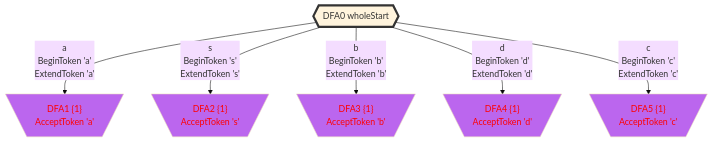
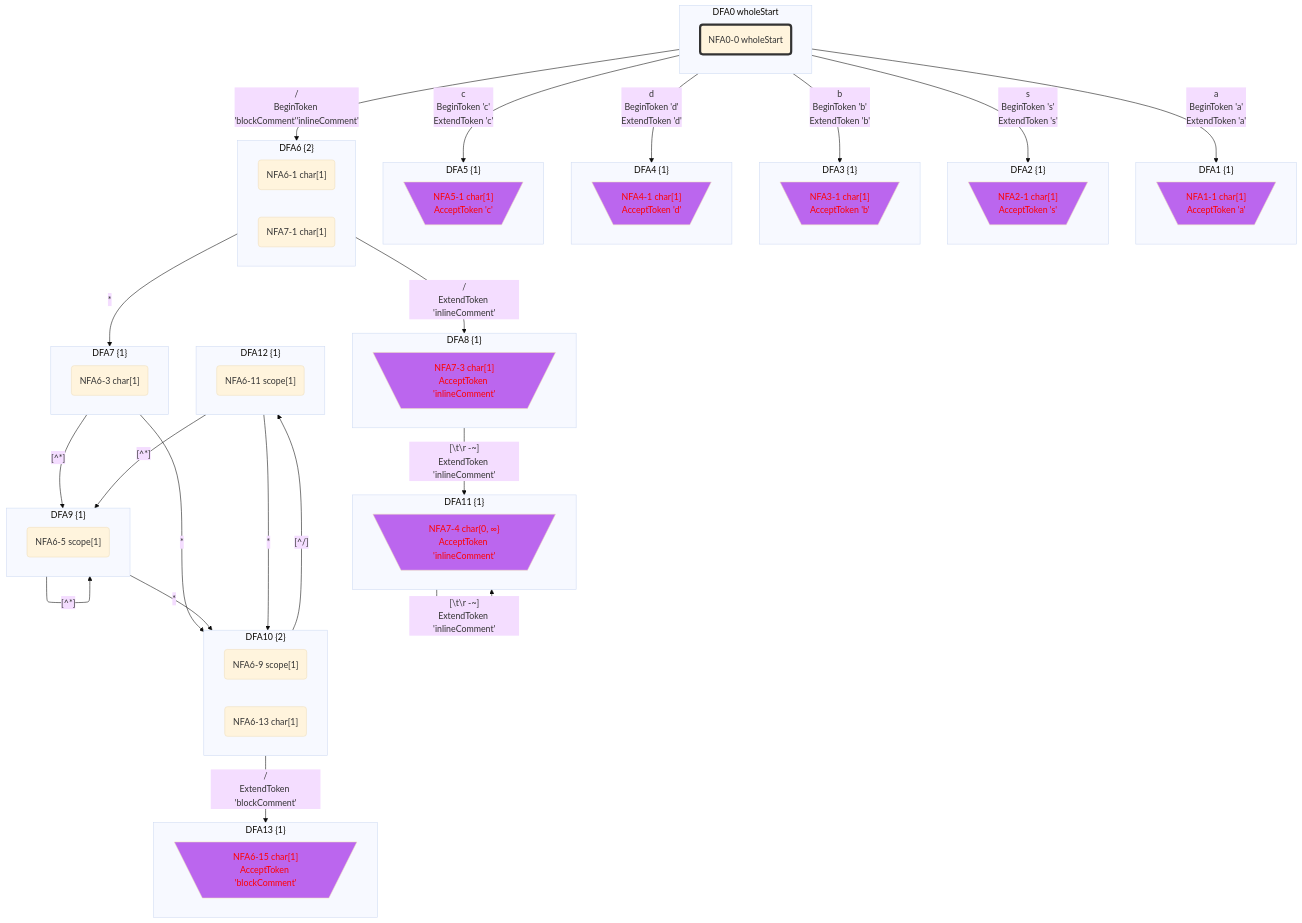
One commit to bitzhuwei/GrammarMentor changed diagram 18 of 21 in Practices/Practice.GeneratedXxxFormat.Test/GeneratedSAB/LexicalAnalyzer/README.gen.md. Above: the diagram before and after it, drawn with Mermaid (base theme). The commit also changed other lines of this file and 3868 other files, not shown here.

````diff
--- a/Practices/Practice.GeneratedXxxFormat.Test/GeneratedSAB/LexicalAnalyzer/README.gen.md
+++ b/Practices/Practice.GeneratedXxxFormat.Test/GeneratedSAB/LexicalAnalyzer/README.gen.md
@@ -833,37 +1212,108 @@
 classDef c1101 stroke:#333,stroke-width:4px,fill:#BB66EE,color:#FF0000;
 classDef c1110 stroke:#333,stroke-width:4px,fill:#BB66EE,stroke-dasharray: 10 10;
 classDef c1111 stroke:#333,stroke-width:4px,fill:#BB66EE,stroke-dasharray: 10 10,color:#FF0000;
-DFA0_1923463421{{"DFA0 wholeStart"}}
-class DFA0_1923463421 c1000;
-DFA1_-694928352[\"DFA1 {1}
+subgraph DFA0_-2011742570["DFA0 wholeStart"]
+NFA0_0_42689762_0("NFA0-0 wholeStart")
+class NFA0_0_42689762_0 c1000;
+end
+class DFA0_-2011742570 c1000;
+subgraph DFA1_965118415["DFA1 {1}"]
+NFA1_1_64395630_1[\"NFA1-1 char[1]
 AcceptToken 'a'"/]
-class DFA1_-694928352 c0101;
-DFA2_1430363654[\"DFA2 {1}
+class NFA1_1_64395630_1 c0101;
+end
+class DFA1_965118415 c0101;
+subgraph DFA2_-1841752797["DFA2 {1}"]
+NFA2_1_48663540_2[\"NFA2-1 char[1]
 AcceptToken 's'"/]
-class DFA2_1430363654 c0101;
-DFA3_-1559980011[\"DFA3 {1}
+class NFA2_1_48663540_2 c0101;
+end
+class DFA2_-1841752797 c0101;
+subgraph DFA3_1913146111["DFA3 {1}"]
+NFA3_1_35318677_3[\"NFA3-1 char[1]
 AcceptToken 'b'"/]
-class DFA3_-1559980011 c0101;
-DFA4_1206467762[\"DFA4 {1}
+class NFA3_1_35318677_3 c0101;
+end
+class DFA3_1913146111 c0101;
+subgraph DFA4_1623093623["DFA4 {1}"]
+NFA4_1_49432638_4[\"NFA4-1 char[1]
 AcceptToken 'd'"/]
-class DFA4_1206467762 c0101;
-DFA5_-1793880414[\"DFA5 {1}
+class NFA4_1_49432638_4 c0101;
+end
+class DFA4_1623093623 c0101;
+subgraph DFA5_1525692439["DFA5 {1}"]
+NFA5_1_42240560_5[\"NFA5-1 char[1]
 AcceptToken 'c'"/]
-class DFA5_-1793880414 c0101;
-DFA0_1923463421 -->|"a
+class NFA5_1_42240560_5 c0101;
+end
+class DFA5_1525692439 c0101;
+subgraph DFA6_1862687141["DFA6 {2}"]
+NFA6_1_44620724_6("NFA6-1 char[1]")
+NFA7_1_66042204_7("NFA7-1 char[1]")
+end
+subgraph DFA7_1742648909["DFA7 {1}"]
+NFA6_3_47818304_8("NFA6-3 char[1]")
+end
+subgraph DFA8_-988443997["DFA8 {1}"]
+NFA7_3_57508928_9[\"NFA7-3 char[1]
+AcceptToken 'inlineComment'"/]
+class NFA7_3_57508928_9 c0101;
+end
+class DFA8_-988443997 c0101;
+subgraph DFA9_-354726560["DFA9 {1}"]
+NFA6_5_48077445_10("NFA6-5 scope[1]")
+end
+subgraph DFA10_323920158["DFA10 {2}"]
+NFA6_9_27711559_11("NFA6-9 scope[1]")
+NFA6_13_30043827_12("NFA6-13 char[1]")
+end
+subgraph DFA11_-378200846["DFA11 {1}"]
+NFA7_4_1958995_13[\"NFA7-4 char{0, ∞}
+AcceptToken 'inlineComment'"/]
+class NFA7_4_1958995_13 c0101;
+end
+class DFA11_-378200846 c0101;
+subgraph DFA12_-1735644823["DFA12 {1}"]
+NFA6_11_24460881_14("NFA6-11 scope[1]")
+end
+subgraph DFA13_1233218362["DFA13 {1}"]
+NFA6_15_17630956_15[\"NFA6-15 char[1]
+AcceptToken 'blockComment'"/]
+class NFA6_15_17630956_15 c0101;
+end
+class DFA13_1233218362 c0101;
+DFA0_-2011742570 -->|"a
 BeginToken 'a'
-ExtendToken 'a'"|DFA1_-694928352
-DFA0_1923463421 -->|"s
+ExtendToken 'a'"|DFA1_965118415
+DFA0_-2011742570 -->|"s
 BeginToken 's'
-ExtendToken 's'"|DFA2_1430363654
-DFA0_1923463421 -->|"b
+ExtendToken 's'"|DFA2_-1841752797
+DFA0_-2011742570 -->|"b
 BeginToken 'b'
-ExtendToken 'b'"|DFA3_-1559980011
-DFA0_1923463421 -->|"d
+ExtendToken 'b'"|DFA3_1913146111
+DFA0_-2011742570 -->|"d
 BeginToken 'd'
-ExtendToken 'd'"|DFA4_1206467762
-DFA0_1923463421 -->|"c
+ExtendToken 'd'"|DFA4_1623093623
+DFA0_-2011742570 -->|"c
 BeginToken 'c'
-ExtendToken 'c'"|DFA5_-1793880414
+ExtendToken 'c'"|DFA5_1525692439
+DFA0_-2011742570 -->|"/
+BeginToken 'blockComment''inlineComment'"|DFA6_1862687141
+DFA6_1862687141 -->|"*"|DFA7_1742648909
+DFA6_1862687141 -->|"/
+ExtendToken 'inlineComment'"|DFA8_-988443997
+DFA7_1742648909 -->|"[^*]"|DFA9_-354726560
+DFA7_1742648909 -->|"*"|DFA10_323920158
+DFA8_-988443997 -->|"[#92;t#92;r#32;-~]
+ExtendToken 'inlineComment'"|DFA11_-378200846
+DFA9_-354726560 -->|"[^*]"|DFA9_-354726560
+DFA9_-354726560 -->|"*"|DFA10_323920158
+DFA10_323920158 -->|"[^/]"|DFA12_-1735644823
+DFA10_323920158 -->|"/
+ExtendToken 'blockComment'"|DFA13_1233218362
+DFA11_-378200846 -->|"[#92;t#92;r#32;-~]
+ExtendToken 'inlineComment'"|DFA11_-378200846
+DFA12_-1735644823 -->|"[^*]"|DFA9_-354726560
+DFA12_-1735644823 -->|"*"|DFA10_323920158
 
 ```
````
